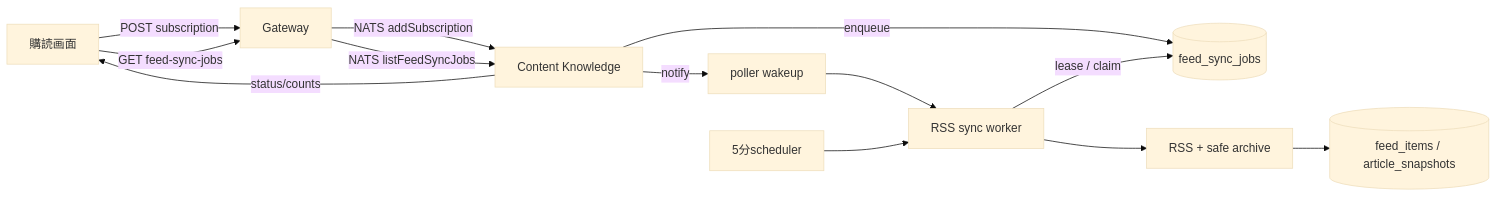
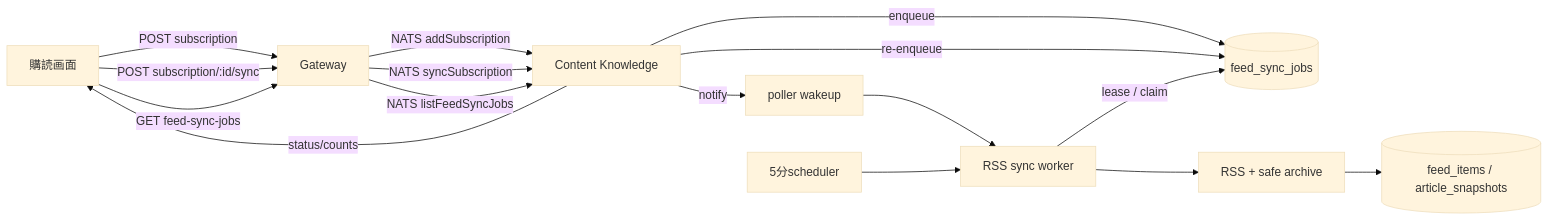
One commit to r4ai/news-podcast changed the diagram in docs/adr/0041-durable-rss-sync-queue.md. Above: the diagram before and after it, drawn with Mermaid (base theme). The commit also changed other lines of this file and 89 other files, not shown here.

````diff
--- a/docs/adr/0041-durable-rss-sync-queue.md
+++ b/docs/adr/0041-durable-rss-sync-queue.md
@@ -20,15 +20,18 @@
 ```mermaid
 flowchart LR
   Web["購読画面"] -->|POST subscription| Gateway
   Gateway -->|NATS addSubscription| Content["Content Knowledge"]
   Content -->|enqueue| Queue[("feed_sync_jobs")]
+  Web -->|POST subscription/:id/sync| Gateway
+  Gateway -->|NATS syncSubscription| Content
+  Content -->|re-enqueue| Queue
   Content -->|notify| Wake["poller wakeup"]
   Wake --> Worker["RSS sync worker"]
   Scheduler["5分scheduler"] --> Worker
   Worker -->|lease / claim| Queue
   Worker --> RSS["RSS + safe archive"]
   RSS --> Articles[("feed_items / article_snapshots")]
   Web -->|GET feed-sync-jobs| Gateway
   Gateway -->|NATS listFeedSyncJobs| Content
   Content -->|status/counts| Web
 ```
````
